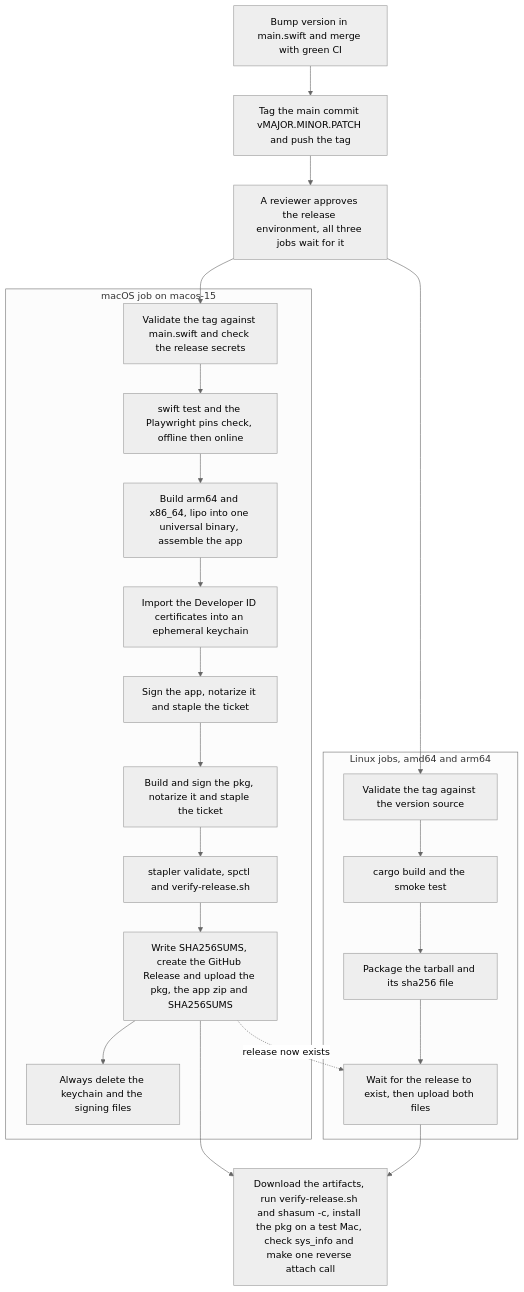
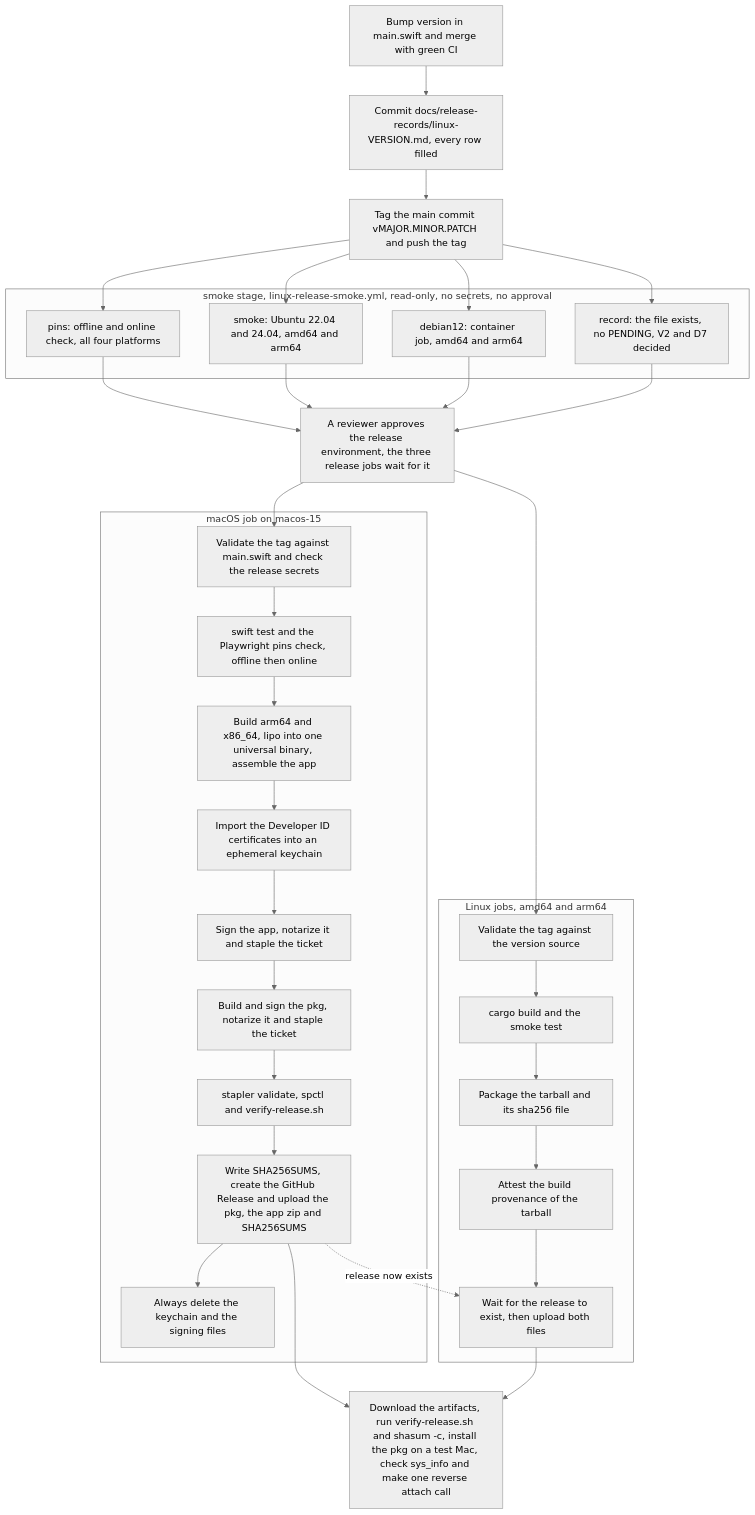
One commit to openabdev/openab-computer changed the first of 2 diagrams in docs/releasing.md. Above: the diagram before and after it, drawn with Mermaid (neutral theme). The commit also changed other lines of this file and 38 other files, not shown here.

First line of the commit message:
feat: Linux browser tier L5: release gates, provenance, legacy listing and cutover guide (#119)

````diff
--- a/docs/releasing.md
+++ b/docs/releasing.md
@@ -87,36 +90,54 @@
 ```mermaid
 flowchart TB
     bump["Bump version in main.swift and merge with green CI"]
+    record["Commit docs/release-records/linux-VERSION.md, every row filled"]
     tag["Tag the main commit vMAJOR.MINOR.PATCH and push the tag"]
-    approve["A reviewer approves the release environment, all three jobs wait for it"]
+
+    subgraph gates["smoke stage, linux-release-smoke.yml, read-only, no secrets, no approval"]
+        g1["pins: offline and online check, all four platforms"]
+        g2["smoke: Ubuntu 22.04 and 24.04, amd64 and arm64"]
+        g3["debian12: container job, amd64 and arm64"]
+        g4["record: the file exists, no PENDING, V2 and D7 decided"]
+    end
+
+    approve["A reviewer approves the release environment, the three release jobs wait for it"]
 
     subgraph mac["macOS job on macos-15"]
         m1["Validate the tag against main.swift and check the release secrets"]
         m2["swift test and the Playwright pins check, offline then online"]
         m3["Build arm64 and x86_64, lipo into one universal binary, assemble the app"]
         m4["Import the Developer ID certificates into an ephemeral keychain"]
         m5["Sign the app, notarize it and staple the ticket"]
         m6["Build and sign the pkg, notarize it and staple the ticket"]
         m7["stapler validate, spctl and verify-release.sh"]
         m8["Write SHA256SUMS, create the GitHub Release and upload the pkg, the app zip and SHA256SUMS"]
         m9["Always delete the keychain and the signing files"]
         m1 --> m2 --> m3 --> m4 --> m5 --> m6 --> m7 --> m8 --> m9
     end
 
     subgraph lin["Linux jobs, amd64 and arm64"]
         l1["Validate the tag against the version source"]
         l2["cargo build and the smoke test"]
         l3["Package the tarball and its sha256 file"]
+        l3a["Attest the build provenance of the tarball"]
         l4["Wait for the release to exist, then upload both files"]
-        l1 --> l2 --> l3 --> l4
+        l1 --> l2 --> l3 --> l3a --> l4
     end
 
     verify["Download the artifacts, run verify-release.sh and shasum -c, install the pkg on a test Mac, check sys_info and make one reverse attach call"]
 
-    bump --> tag --> approve
+    bump --> record --> tag
+    tag --> g1
+    tag --> g2
+    tag --> g3
+    tag --> g4
+    g1 --> approve
+    g2 --> approve
+    g3 --> approve
+    g4 --> approve
     approve --> m1
     approve --> l1
     m8 -. "release now exists" .-> l4
     m8 --> verify
     l4 --> verify
 ```
````
